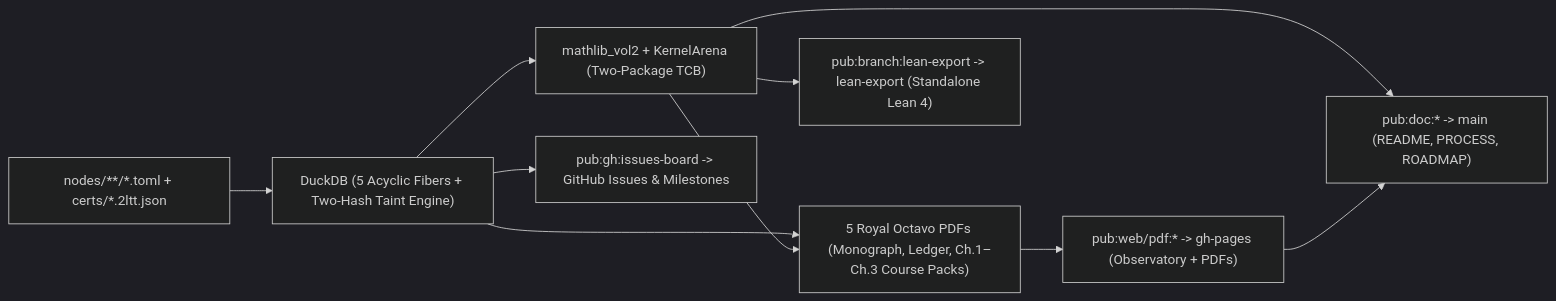
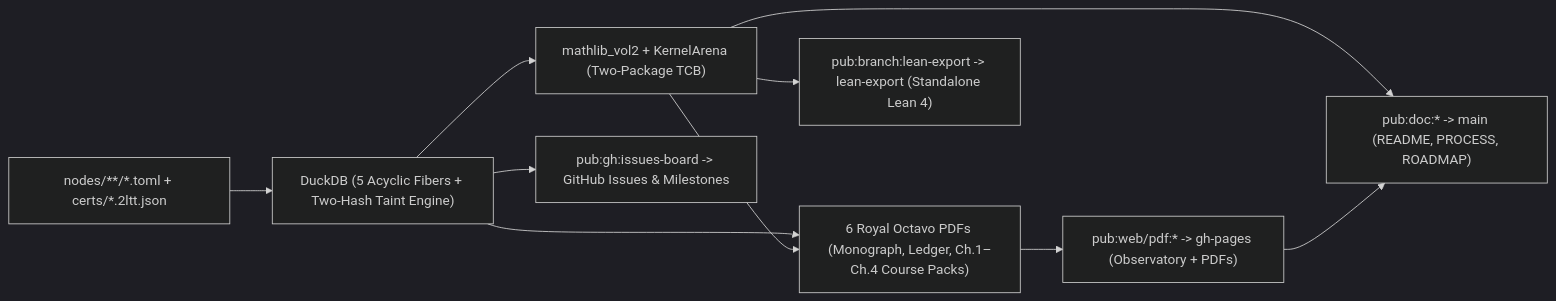
One commit to tryggth/categorical-reverse-mathematics-vol2 changed the diagram in README.md. Above: the diagram before and after it, drawn with Mermaid (dark theme). The commit also changed other lines of this file and 37 other files, not shown here.

````diff
--- a/README.md
+++ b/README.md
@@ -16,12 +16,12 @@
 ```mermaid
 flowchart LR
   SRC["nodes/**/*.toml + certs/*.2ltt.json"] --> DB["DuckDB (5 Acyclic Fibers + Two-Hash Taint Engine)"]
   DB --> TCB["mathlib_vol2 + KernelArena (Two-Package TCB)"]
-  DB --> PDFS["5 Royal Octavo PDFs (Monograph, Ledger, Ch.1–Ch.3 Course Packs)"]
+  DB --> PDFS["6 Royal Octavo PDFs (Monograph, Ledger, Ch.1–Ch.4 Course Packs)"]
   TCB --> PDFS
   TCB --> SMAIN["pub:doc:* -> main (README, PROCESS, ROADMAP)"]
   PDFS --> SPAGES["pub:web/pdf:* -> gh-pages (Observatory + PDFs)"]
   SPAGES --> SMAIN
   TCB --> SLEAN["pub:branch:lean-export -> lean-export (Standalone Lean 4)"]
   DB --> SISS["pub:gh:issues-board -> GitHub Issues & Milestones"]
 ```
````
